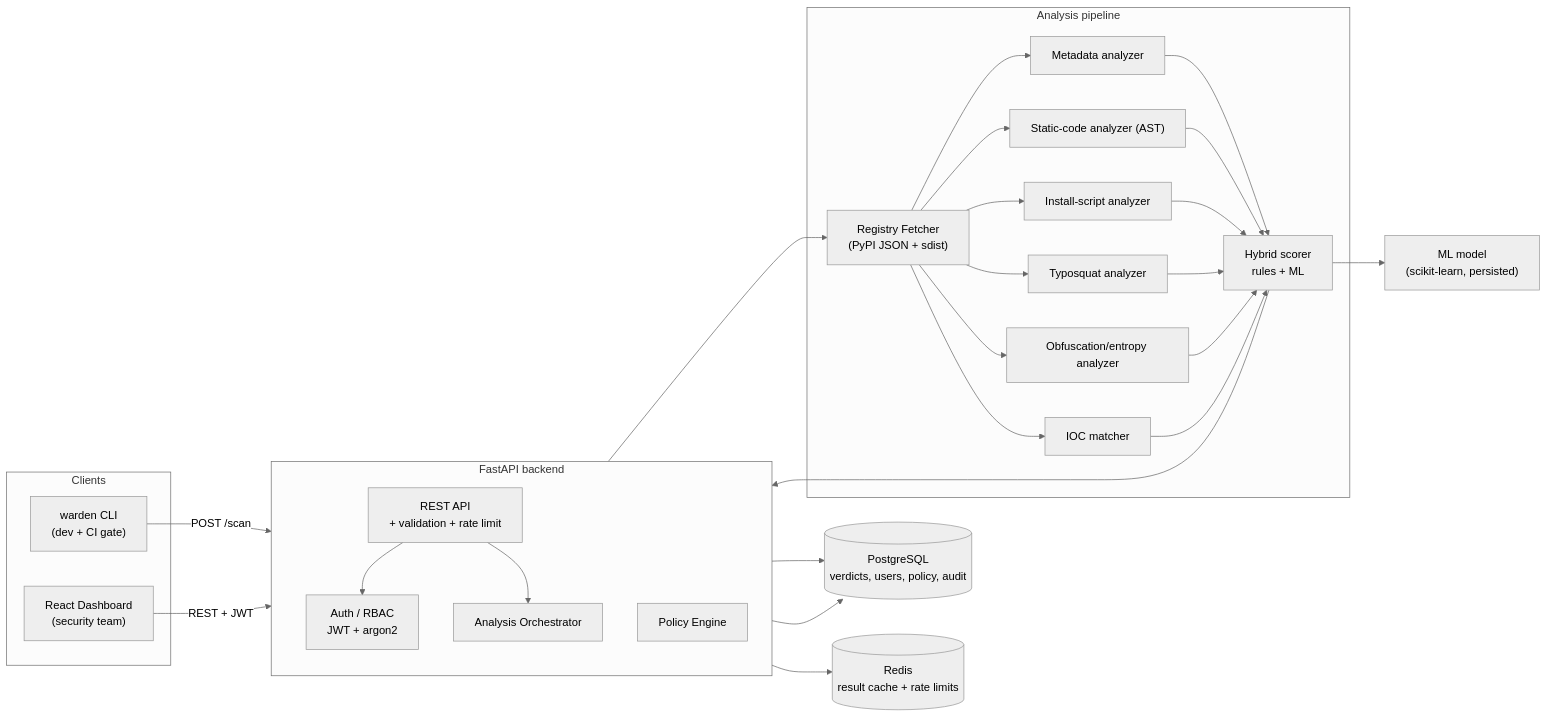
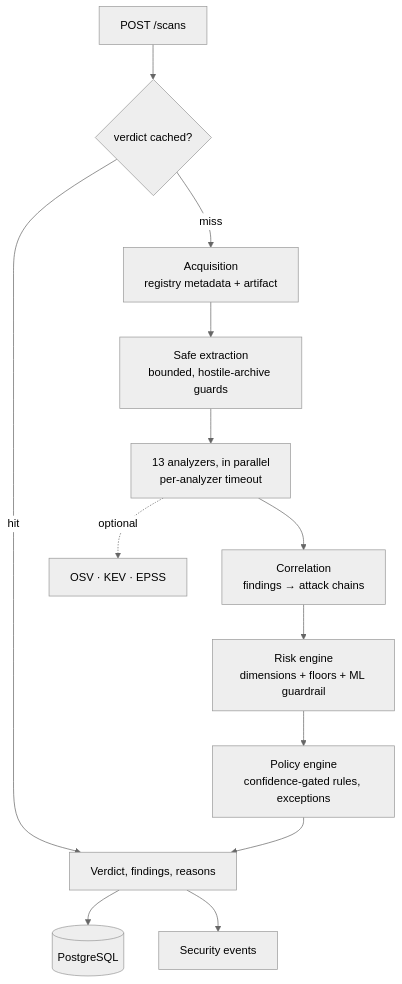
Before and after one commit to rakshit-737/warden-supply-chain-firewall: the diagram in docs/ARCHITECTURE.md, drawn with Mermaid (neutral theme). The commit also changed other lines of this file, not shown here.

First line of the commit message:
docs: describe the Warden X pipeline as built

````diff
--- a/docs/ARCHITECTURE.md
+++ b/docs/ARCHITECTURE.md
@@ -42,41 +24,15 @@
 ```mermaid
-flowchart LR
-    subgraph Clients
-        CLI["warden CLI<br/>(dev + CI gate)"]
-        UI["React Dashboard<br/>(security team)"]
-    end
-
-    subgraph API["FastAPI backend"]
-        direction TB
-        Auth["Auth / RBAC<br/>JWT + argon2"]
-        REST["REST API<br/>+ validation + rate limit"]
-        Engine["Analysis Orchestrator"]
-        Policy["Policy Engine"]
-    end
-
-    subgraph Pipeline["Analysis pipeline"]
-        Fetch["Registry Fetcher<br/>(PyPI JSON + sdist)"]
-        A1["Metadata analyzer"]
-        A2["Static-code analyzer (AST)"]
-        A3["Install-script analyzer"]
-        A4["Typosquat analyzer"]
-        A5["Obfuscation/entropy analyzer"]
-        A6["IOC matcher"]
-        Score["Hybrid scorer<br/>rules + ML"]
-    end
-
-    DB[("PostgreSQL<br/>verdicts, users, policy, audit")]
-    Cache[("Redis<br/>result cache + rate limits")]
-    Model["ML model<br/>(scikit-learn, persisted)"]
-
-    CLI -->|POST /scan| REST
-    UI -->|REST + JWT| REST
-    REST --> Auth
-    REST --> Engine
-    Engine --> Fetch --> A1 & A2 & A3 & A4 & A5 & A6 --> Score
-    Score --> Model
-    Score --> Policy
-    Policy --> DB
-    Engine --> Cache
-    REST --> DB
+flowchart TB
+  REQ["POST /scans"] --> CACHE{"verdict cached?"}
+  CACHE -- hit --> OUT
+  CACHE -- miss --> ACQ["Acquisition<br/>registry metadata + artifact"]
+  ACQ --> EXT["Safe extraction<br/>bounded, hostile-archive guards"]
+  EXT --> AZ["13 analyzers, in parallel<br/>per-analyzer timeout"]
+  AZ --> COR["Correlation<br/>findings → attack chains"]
+  COR --> RISK["Risk engine<br/>dimensions + floors + ML guardrail"]
+  RISK --> POL["Policy engine<br/>confidence-gated rules, exceptions"]
+  POL --> OUT["Verdict, findings, reasons"]
+  OUT --> DB[("PostgreSQL")]
+  OUT --> EV["Security events"]
+  AZ -.optional.-> INTEL["OSV · KEV · EPSS"]
 ```
````
